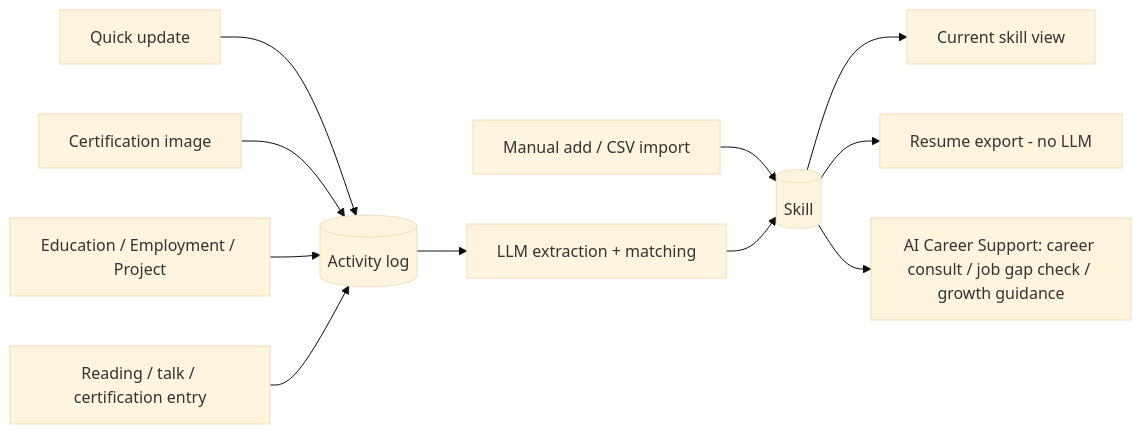
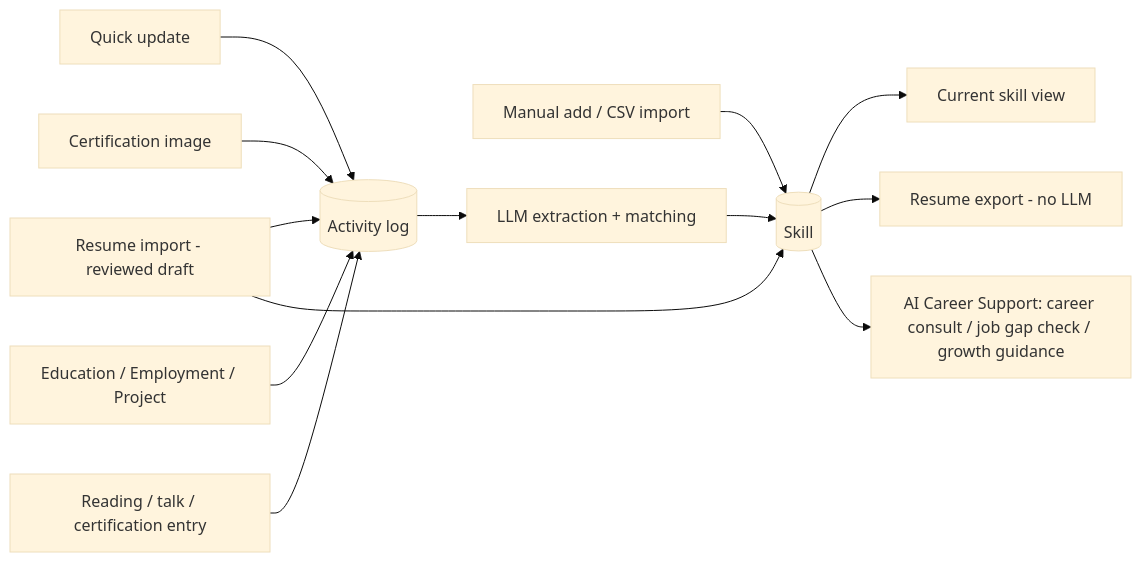
The diagram in README.md (tkm112345/skillgrowth), drawn with Mermaid (base theme) before and after one commit. The commit also changed other lines of this file and 2 other files, not shown here.

First line of the commit message:
Block .doc/.docx by extension; fix stale docs predating Resume Import

````diff
--- a/README.md
+++ b/README.md
@@ -46,13 +48,15 @@
 ```mermaid
 flowchart LR
   U1[Quick update] --> E[(Activity log)]
   U2[Certification image] --> E
   U3[Education / Employment / Project] --> E
   U4[Reading / talk / certification entry] --> E
   U5[Manual add / CSV import] --> S[(Skill)]
+  U6[Resume import - reviewed draft] --> E
+  U6 --> S
   E --> L[LLM extraction + matching]
   L --> S
   S --> V[Current skill view]
   S --> X[Resume export - no LLM]
   S --> G[AI Career Support: career consult / job gap check / growth guidance]
 ```
````
